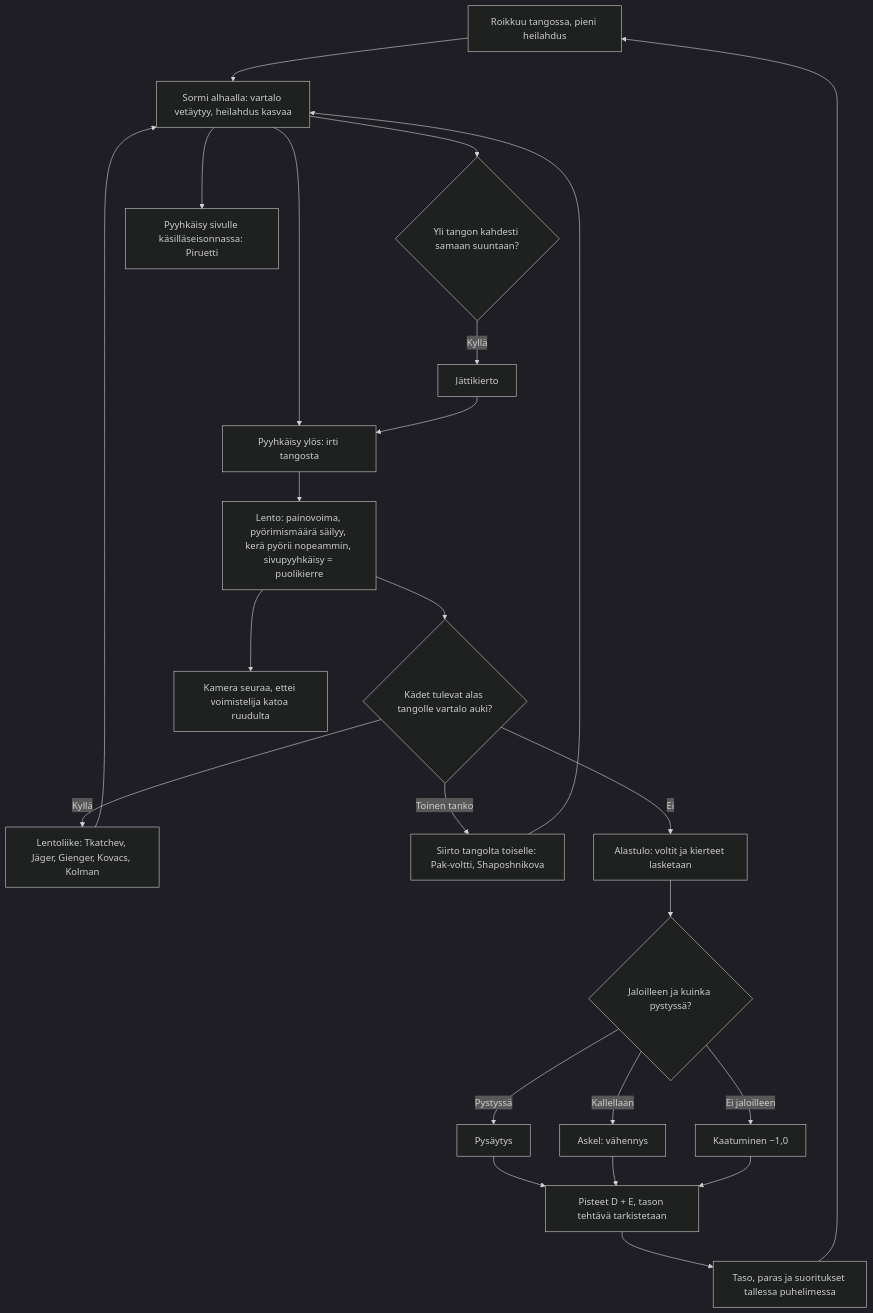
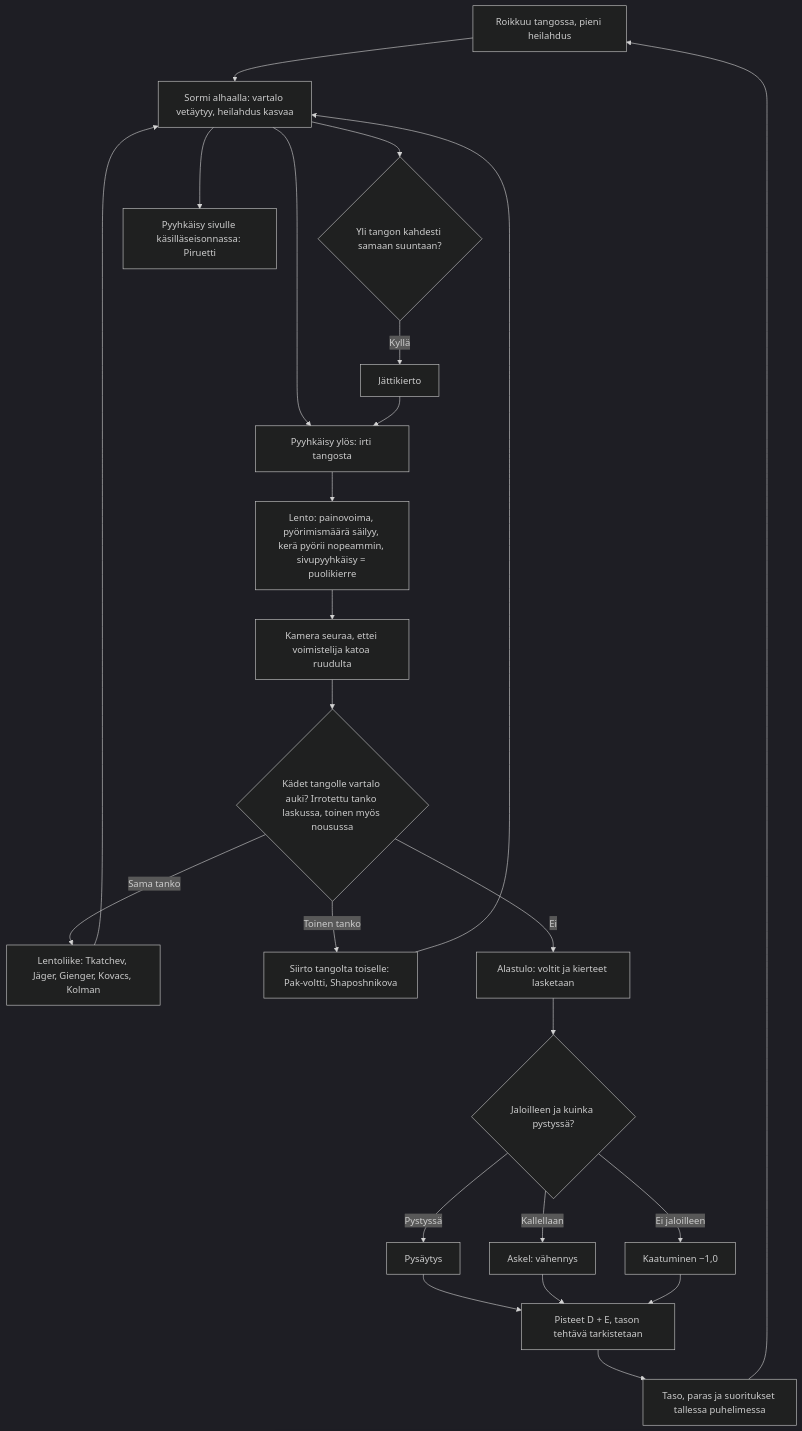
One commit to eerovil/ai-pelit changed the diagram in docs/diagrams/voimistelu.md. Above: the diagram before and after it, drawn with Mermaid (dark theme). The commit also changed other lines of this file, not shown here.

Commit message:
Voimistelu diagram: the catch works both ways, and the camera is part of the flight
Review fix. The catch check now says the bar let go of is caught on the way
down and the other bar on the way up too, as v2 does, and the camera step
sits in the flight path instead of ending a branch.

Refs #14

````diff
--- a/docs/diagrams/voimistelu.md
+++ b/docs/diagrams/voimistelu.md
@@ -10,31 +10,31 @@
 ```mermaid
 flowchart TD
   A[Roikkuu tangossa, pieni heilahdus] --> B[Sormi alhaalla: vartalo vetäytyy, heilahdus kasvaa]
   B --> C{Yli tangon kahdesti samaan suuntaan?}
   C -- Kyllä --> D[Jättikierto]
   B --> P[Pyyhkäisy sivulle käsilläseisonnassa: Piruetti]
   B --> E[Pyyhkäisy ylös: irti tangosta]
   D --> E
   E --> F[Lento: painovoima, pyörimismäärä säilyy, kerä pyörii nopeammin, sivupyyhkäisy = puolikierre]
-  F --> G{Kädet tulevat alas tangolle vartalo auki?}
-  G -- Kyllä --> H[Lentoliike: Tkatchev, Jäger, Gienger, Kovacs, Kolman]
+  F --> R[Kamera seuraa, ettei voimistelija katoa ruudulta]
+  R --> G{Kädet tangolle vartalo auki? Irrotettu tanko laskussa, toinen myös nousussa}
+  G -- Sama tanko --> H[Lentoliike: Tkatchev, Jäger, Gienger, Kovacs, Kolman]
   G -- Toinen tanko --> Q[Siirto tangolta toiselle: Pak-voltti, Shaposhnikova]
   H --> B
   Q --> B
-  F --> R[Kamera seuraa, ettei voimistelija katoa ruudulta]
   G -- Ei --> I[Alastulo: voltit ja kierteet lasketaan]
   I --> J{Jaloilleen ja kuinka pystyssä?}
   J -- Pystyssä --> K[Pysäytys]
   J -- Kallellaan --> L[Askel: vähennys]
   J -- Ei jaloilleen --> M[Kaatuminen −1,0]
   K --> N[Pisteet D + E, tason tehtävä tarkistetaan]
   L --> N
   M --> N
   N --> O[Taso, paras ja suoritukset tallessa puhelimessa]
   O --> A
   class A,B,E,P blue
   class C,G,J amber
   class F,R teal
   class D,H,I,K,N,O,Q green
   class L,M rose
 ```
````
